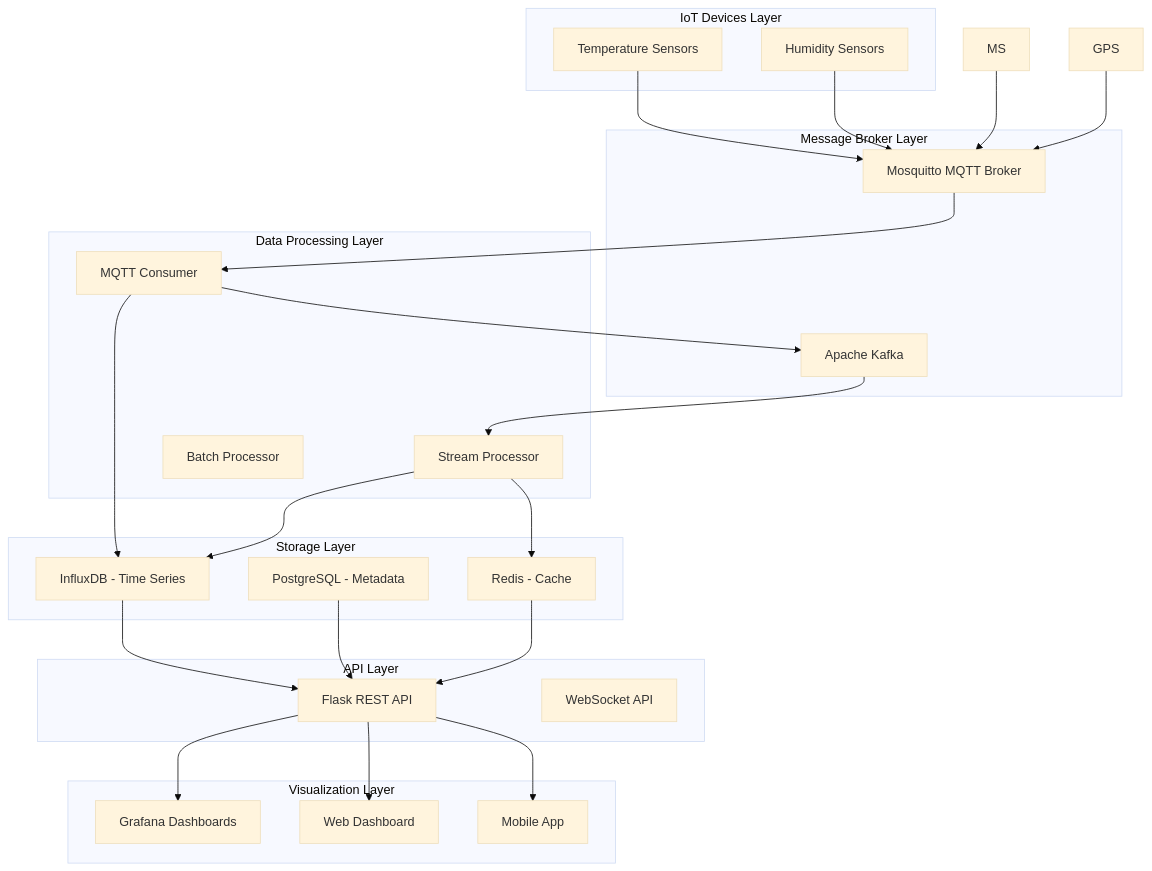
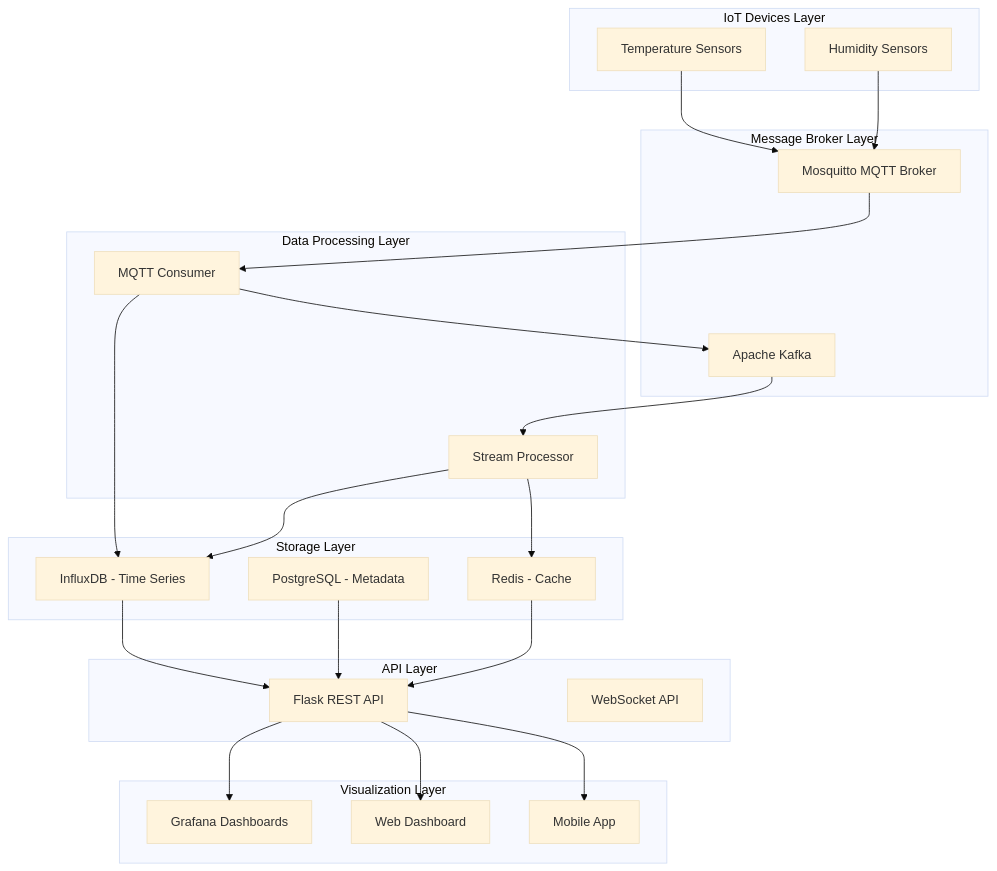
Before and after one commit to PENE18/iot-data-engineering: the first of 5 diagrams in README.md, drawn with Mermaid (base theme).

````diff
--- a/README.md
+++ b/README.md
@@ -29,56 +29,54 @@
 ```mermaid
 graph TB
     subgraph "IoT Devices Layer"
         TS[Temperature Sensors]
         HS[Humidity Sensors]
     end
     
     subgraph "Message Broker Layer"
         MQTT[Mosquitto MQTT Broker]
         KAFKA[Apache Kafka]
     end
     
     subgraph "Data Processing Layer"
         CONSUMER[MQTT Consumer]
         STREAM[Stream Processor]
-        BATCH[Batch Processor]
+
     end
     
     subgraph "Storage Layer"
         INFLUX[InfluxDB - Time Series]
         POSTGRES[PostgreSQL - Metadata]
         REDIS[Redis - Cache]
     end
     
     subgraph "API Layer"
         REST[Flask REST API]
         WS[WebSocket API]
     end
     
     subgraph "Visualization Layer"
         GRAFANA[Grafana Dashboards]
         WEB[Web Dashboard]
         MOBILE[Mobile App]
     end
     
     TS --> MQTT
     HS --> MQTT
-    MS --> MQTT
-    GPS --> MQTT
     
     MQTT --> CONSUMER
     CONSUMER --> KAFKA
     CONSUMER --> INFLUX
     
     KAFKA --> STREAM
     STREAM --> REDIS
     STREAM --> INFLUX
     
     INFLUX --> REST
     POSTGRES --> REST
     REDIS --> REST
     
     REST --> GRAFANA
     REST --> WEB
     REST --> MOBILE
 ```
````
